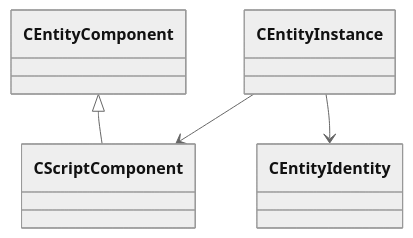
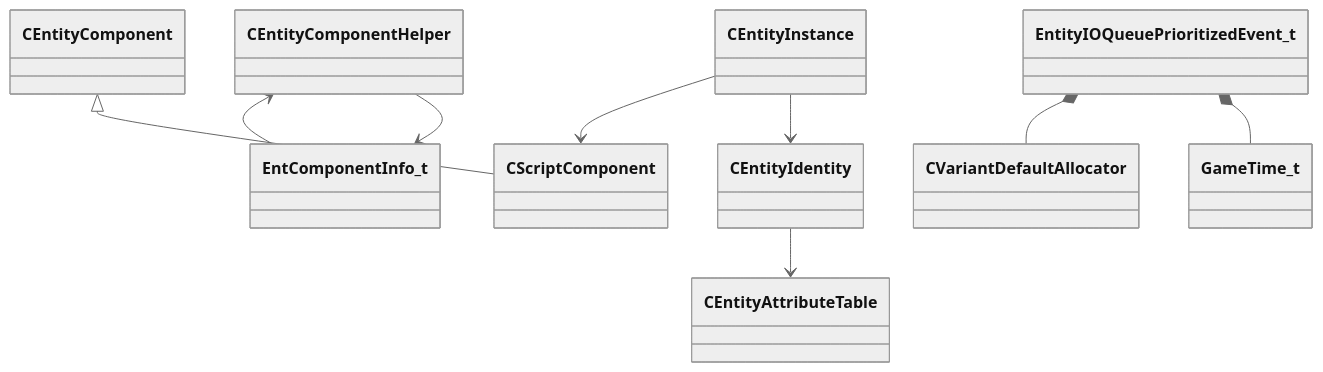
The diagram in docs/generated/diagrams/entity2.md (CS2OpenDev/CS2OpenDev-Docs), drawn with Mermaid (neutral theme) before and after one commit. The commit also changed 106 other files, not shown here.

First line of the commit message:
docs: complete migration to SchemaTracker as sole upstream

````diff
--- a/docs/generated/diagrams/entity2.md
+++ b/docs/generated/diagrams/entity2.md
@@ -14,6 +14,11 @@
 ```mermaid
 classDiagram
     CEntityComponent <|-- CScriptComponent
+    CEntityComponentHelper --> EntComponentInfo_t
+    EntComponentInfo_t --> CEntityComponentHelper
+    EntityIOQueuePrioritizedEvent_t *-- GameTime_t
+    EntityIOQueuePrioritizedEvent_t *-- CVariantDefaultAllocator
+    CEntityIdentity --> CEntityAttributeTable
     CEntityInstance --> CEntityIdentity
     CEntityInstance --> CScriptComponent
 ```
````
